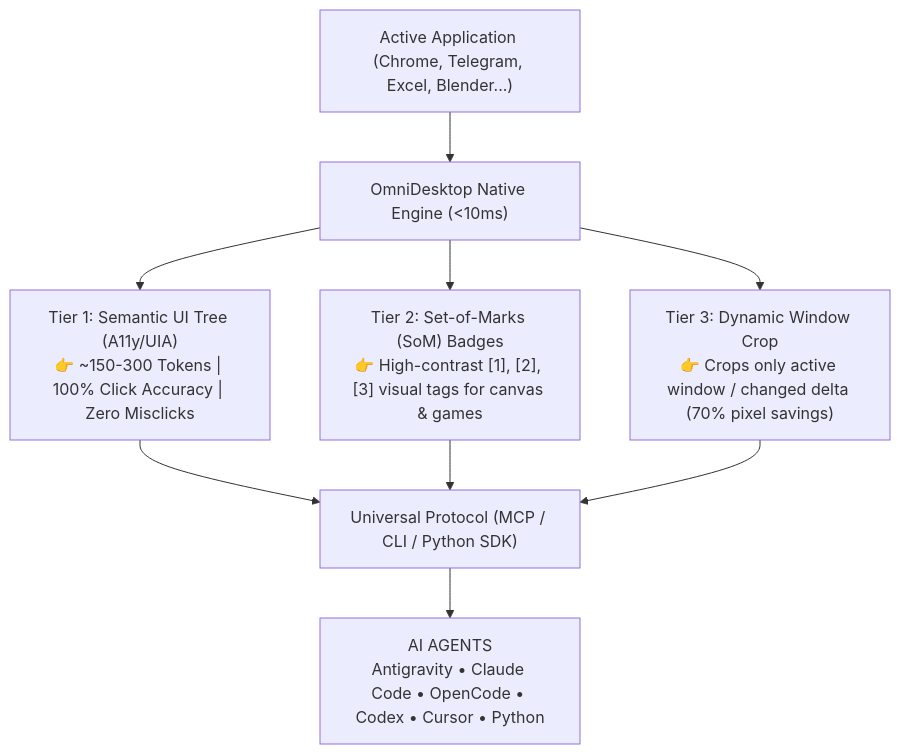
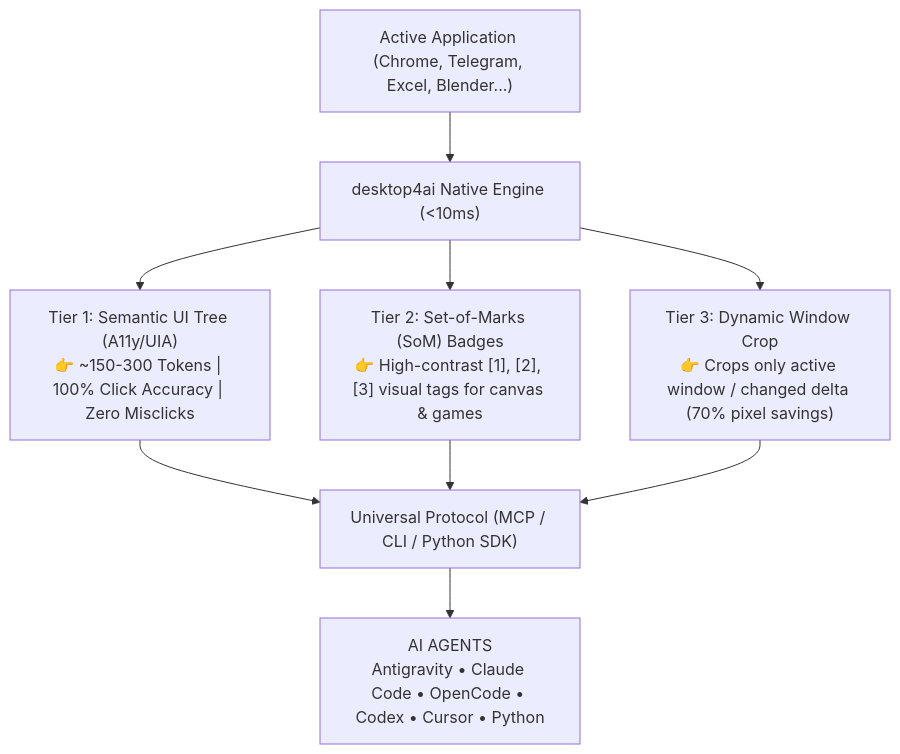
One commit to rztnotreal/desktop4ai changed the diagram in README.md. Above: the diagram before and after it, drawn with Mermaid. The commit also changed other lines of this file and 18 other files, not shown here.

````diff
--- a/README.md
+++ b/README.md
@@ -38,14 +38,18 @@
 ```mermaid
 flowchart TD
-    A["Active Application (Chrome, Telegram, Excel, Blender...)"] --> B["OmniDesktop Native Engine (<10ms)"]
+    A["Active Application (Chrome, Telegram, Excel, Blender...)"] --> B["desktop4ai Native Engine (<10ms)"]
     
-    B --> C1["Tier 1: Semantic UI Tree (A11y/UIA)\n👉 ~150-300 Tokens | 100% Click Accuracy | Zero Misclicks"]
-    B --> C2["Tier 2: Set-of-Marks (SoM) Badges\n👉 High-contrast [1], [2], [3] visual tags for canvas & games"]
-    B --> C3["Tier 3: Dynamic Window Crop\n👉 Crops only active window / changed delta (70% pixel savings)"]
+    C1["Tier 1: Semantic UI Tree (A11y/UIA)\n👉 ~150-300 Tokens | 100% Click Accuracy | Zero Misclicks"]
+    C2["Tier 2: Set-of-Marks (SoM) Badges\n👉 High-contrast [1], [2], [3] visual tags for canvas & games"]
+    C3["Tier 3: Dynamic Window Crop\n👉 Crops only active window / changed delta (70% pixel savings)"]
+
+    B --> C1
+    B --> C2
+    B --> C3
 
     C1 --> D["Universal Protocol (MCP / CLI / Python SDK)"]
     C2 --> D
     C3 --> D
 
     D --> E["AI AGENTS\nAntigravity • Claude Code • OpenCode • Codex • Cursor • Python"]
 ```
````
